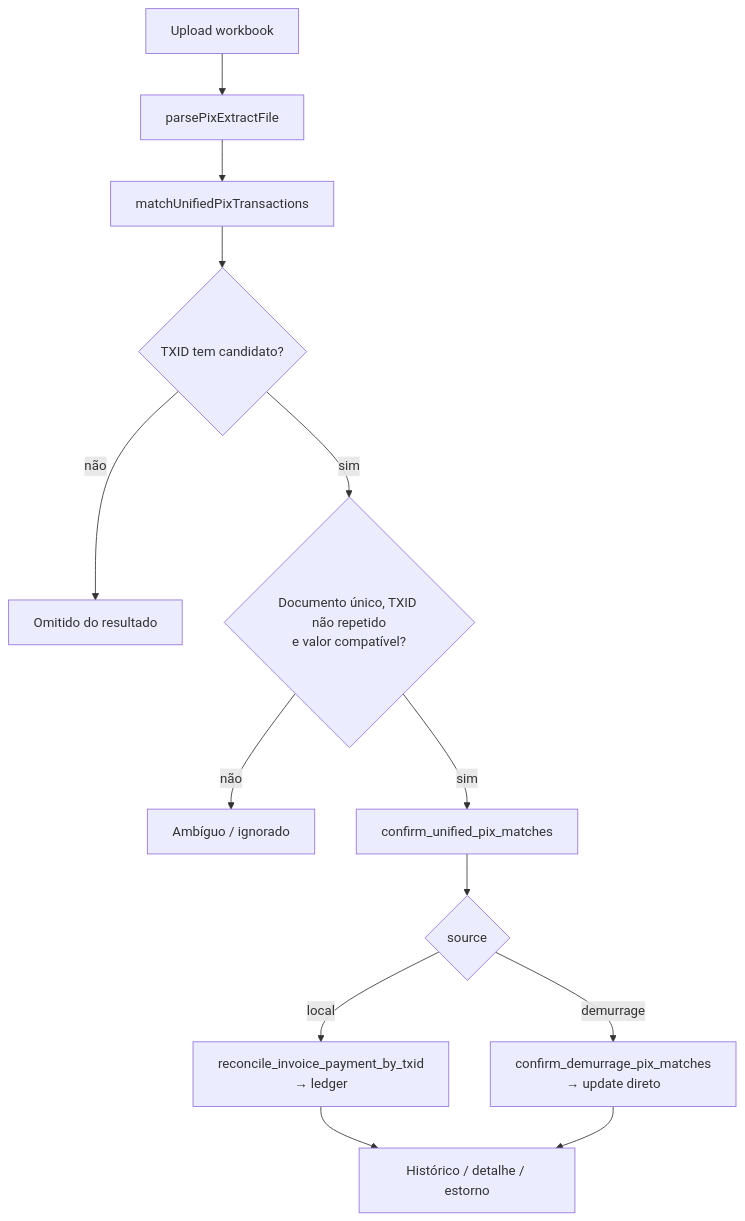
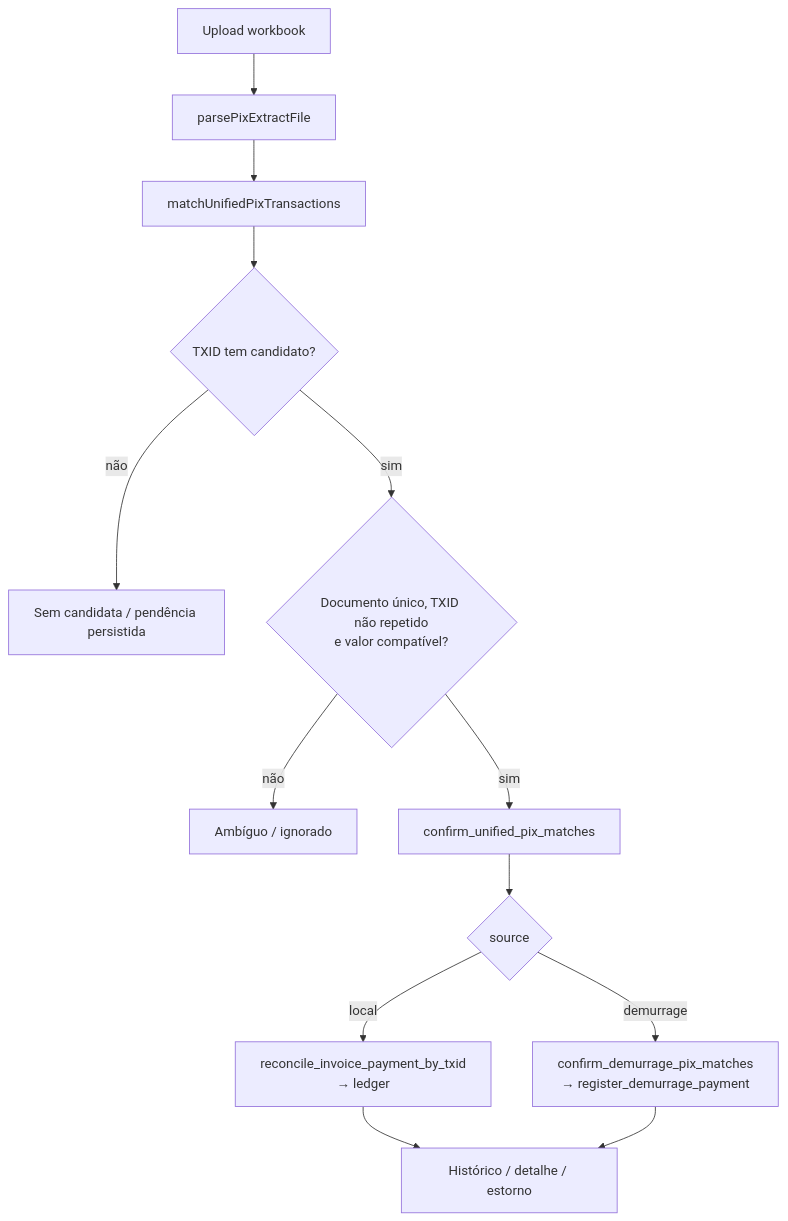
The diagram in docs/modules/reconciliacao-pix.md (luccafwlog/vela), drawn with Mermaid before and after one commit. The commit also changed other lines of this file and 33 other files, not shown here.

````diff
--- a/docs/modules/reconciliacao-pix.md
+++ b/docs/modules/reconciliacao-pix.md
@@ -134,15 +137,15 @@
 ```mermaid
 flowchart TD
     Upload["Upload workbook"] --> Parse["parsePixExtractFile"]
     Parse --> Match["matchUnifiedPixTransactions"]
     Match --> Missing{"TXID tem candidato?"}
-    Missing -->|não| Omitted["Omitido do resultado"]
+    Missing -->|não| Omitted["Sem candidata / pendência persistida"]
     Missing -->|sim| Amb{"Documento único, TXID não repetido<br/>e valor compatível?"}
     Amb -->|não| Review["Ambíguo / ignorado"]
     Amb -->|sim| Submit["confirm_unified_pix_matches"]
     Submit --> Source{"source"}
     Source -->|local| Ledger["reconcile_invoice_payment_by_txid<br/>→ ledger"]
-    Source -->|demurrage| Direct["confirm_demurrage_pix_matches<br/>→ update direto"]
+    Source -->|demurrage| Direct["confirm_demurrage_pix_matches<br/>→ register_demurrage_payment"]
     Ledger --> History["Histórico / detalhe / estorno"]
     Direct --> History
 ```
````
